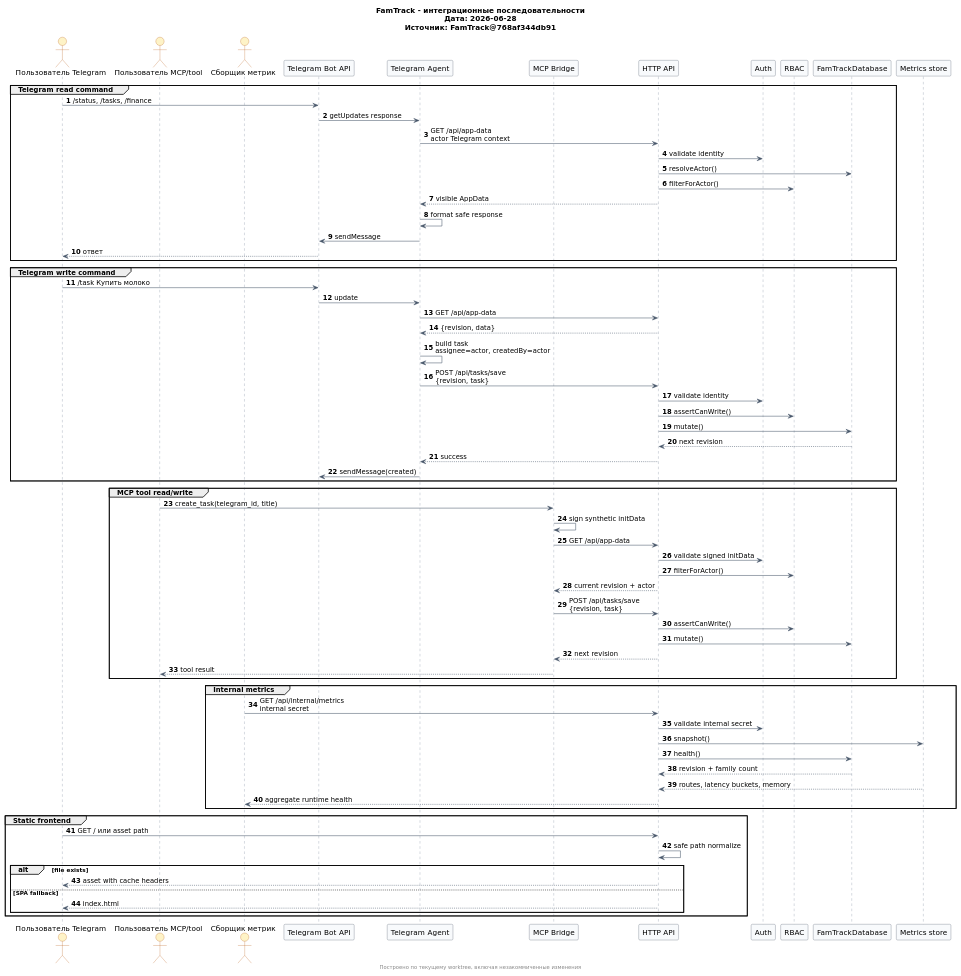
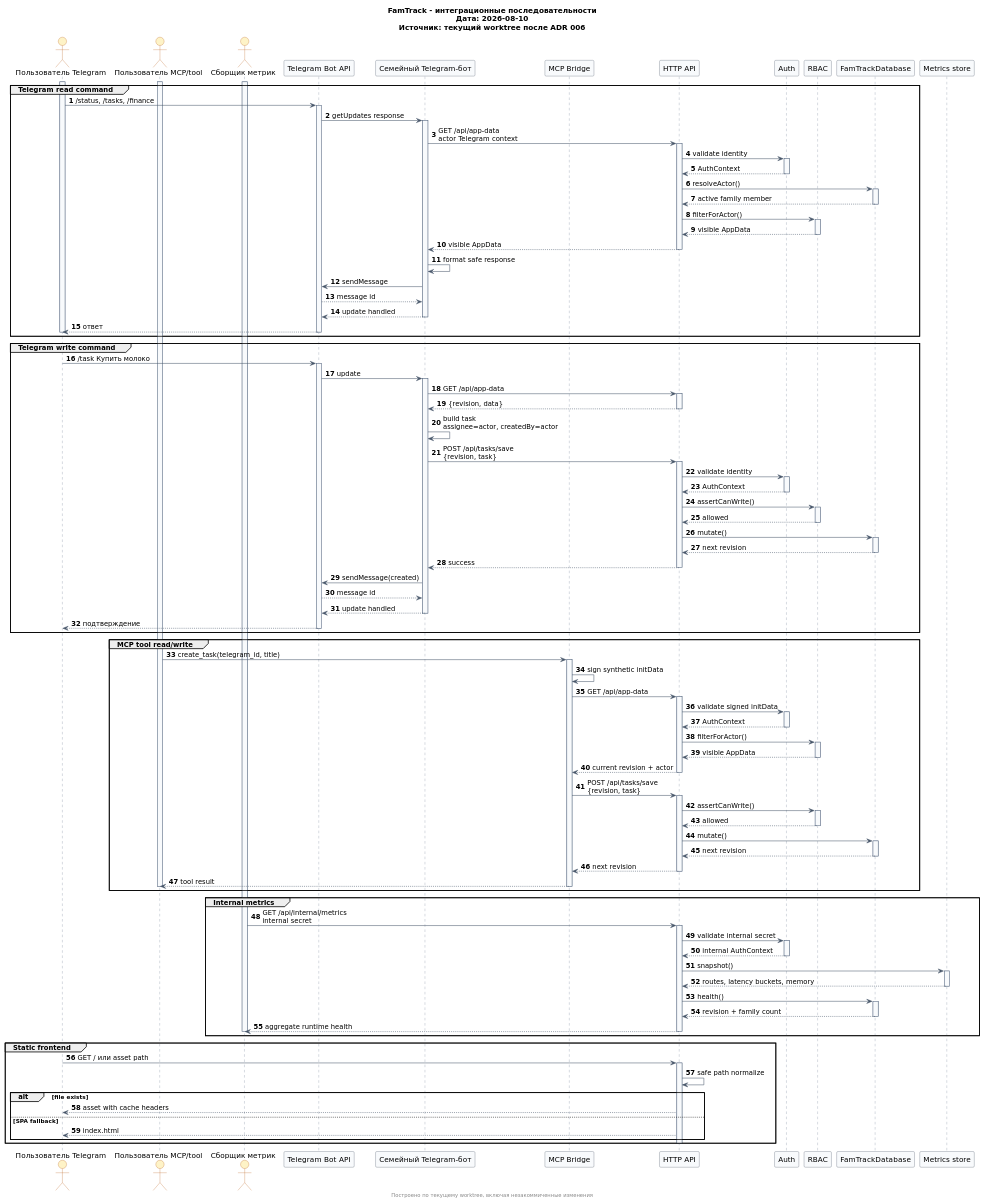
Before and after one commit to NaqpaniA/FamTrack: the diagram in docs/architecture/diagrams/sequences-integrations.puml, drawn with PlantUML. The commit also changed other lines of this file and 44 other files, not shown here.

```diff
--- a/docs/architecture/diagrams/sequences-integrations.puml
+++ b/docs/architecture/diagrams/sequences-integrations.puml
@@ -1,96 +1,171 @@
 @startuml
 title
 FamTrack - интеграционные последовательности
-Дата: 2026-06-28
-Источник: FamTrack@768af344db91
+Дата: 2026-08-10
+Источник: текущий worktree после ADR 006
 end title
 footer Построено по текущему worktree, включая незакоммиченные изменения
 
 skinparam shadowing false
 skinparam defaultFontName "DejaVu Sans"
 skinparam sequence {
   ArrowColor #475569
   LifeLineBorderColor #64748B
   LifeLineBackgroundColor #F8FAFC
   ParticipantBorderColor #334155
   ParticipantBackgroundColor #F8FAFC
   ActorBorderColor #B45309
   ActorBackgroundColor #FEF3C7
 }
 autonumber
 
 actor "Пользователь Telegram" as TgUser
 actor "Пользователь MCP/tool" as ToolUser
 actor "Сборщик метрик" as MetricsUser
 participant "Telegram Bot API" as Telegram
-participant "Telegram Agent" as Agent
+participant "Семейный Telegram-бот" as FamilyBot
 participant "MCP Bridge" as MCP
 participant "HTTP API" as API
 participant "Auth" as Auth
 participant "RBAC" as RBAC
 participant "FamTrackDatabase" as DB
 participant "Metrics store" as Metrics
 
 group Telegram read command
+  activate TgUser
   TgUser -> Telegram : /status, /tasks, /finance
-  Telegram -> Agent : getUpdates response
-  Agent -> API : GET /api/app-data\nactor Telegram context
+  activate Telegram
+  Telegram -> FamilyBot : getUpdates response
+  activate FamilyBot
+  FamilyBot -> API : GET /api/app-data\nactor Telegram context
+  activate API
   API -> Auth : validate identity
+  activate Auth
+  Auth --> API : AuthContext
+  deactivate Auth
   API -> DB : resolveActor()
+  activate DB
+  DB --> API : active family member
+  deactivate DB
   API -> RBAC : filterForActor()
-  API --> Agent : visible AppData
-  Agent -> Agent : format safe response
-  Agent -> Telegram : sendMessage
+  activate RBAC
+  RBAC --> API : visible AppData
+  deactivate RBAC
+  API --> FamilyBot : visible AppData
+  deactivate API
+  FamilyBot -> FamilyBot : format safe response
+  FamilyBot -> Telegram : sendMessage
+  Telegram --> FamilyBot : message id
+  FamilyBot --> Telegram : update handled
+  deactivate FamilyBot
   Telegram --> TgUser : ответ
+  deactivate Telegram
+  deactivate TgUser
 end
 
 group Telegram write command
+  activate TgUser
   TgUser -> Telegram : /task Купить молоко
-  Telegram -> Agent : update
-  Agent -> API : GET /api/app-data
-  API --> Agent : {revision, data}
-  Agent -> Agent : build task\nassignee=actor, createdBy=actor
-  Agent -> API : POST /api/tasks/save\n{revision, task}
+  activate Telegram
+  Telegram -> FamilyBot : update
+  activate FamilyBot
+  FamilyBot -> API : GET /api/app-data
+  activate API
+  API --> FamilyBot : {revision, data}
+  deactivate API
+  FamilyBot -> FamilyBot : build task\nassignee=actor, createdBy=actor
+  FamilyBot -> API : POST /api/tasks/save\n{revision, task}
+  activate API
   API -> Auth : validate identity
+  activate Auth
+  Auth --> API : AuthContext
+  deactivate Auth
   API -> RBAC : assertCanWrite()
+  activate RBAC
+  RBAC --> API : allowed
+  deactivate RBAC
   API -> DB : mutate()
+  activate DB
   DB --> API : next revision
-  API --> Agent : success
-  Agent -> Telegram : sendMessage(created)
+  deactivate DB
+  API --> FamilyBot : success
+  deactivate API
+  FamilyBot -> Telegram : sendMessage(created)
+  Telegram --> FamilyBot : message id
+  FamilyBot --> Telegram : update handled
+  deactivate FamilyBot
+  Telegram --> TgUser : подтверждение
+  deactivate Telegram
+  deactivate TgUser
 end
 
 group MCP tool read/write
+  activate ToolUser
   ToolUser -> MCP : create_task(telegram_id, title)
+  activate MCP
   MCP -> MCP : sign synthetic initData
   MCP -> API : GET /api/app-data
+  activate API
   API -> Auth : validate signed initData
+  activate Auth
+  Auth --> API : AuthContext
+  deactivate Auth
   API -> RBAC : filterForActor()
+  activate RBAC
+  RBAC --> API : visible AppData
+  deactivate RBAC
   API --> MCP : current revision + actor
+  deactivate API
   MCP -> API : POST /api/tasks/save\n{revision, task}
+  activate API
   API -> RBAC : assertCanWrite()
+  activate RBAC
+  RBAC --> API : allowed
+  deactivate RBAC
   API -> DB : mutate()
+  activate DB
+  DB --> API : next revision
+  deactivate DB
   API --> MCP : next revision
+  deactivate API
   MCP --> ToolUser : tool result
+  deactivate MCP
+  deactivate ToolUser
 end
 
 group Internal metrics
+  activate MetricsUser
   MetricsUser -> API : GET /api/internal/metrics\ninternal secret
+  activate API
   API -> Auth : validate internal secret
+  activate Auth
+  Auth --> API : internal AuthContext
+  deactivate Auth
   API -> Metrics : snapshot()
+  activate Metrics
+  Metrics --> API : routes, latency buckets, memory
+  deactivate Metrics
   API -> DB : health()
+  activate DB
   DB --> API : revision + family count
-  Metrics --> API : routes, latency buckets, memory
+  deactivate DB
   API --> MetricsUser : aggregate runtime health
+  deactivate API
+  deactivate MetricsUser
 end
 
 group Static frontend
+  activate TgUser
   TgUser -> API : GET / или asset path
+  activate API
   API -> API : safe path normalize
   alt file exists
     API --> TgUser : asset with cache headers
   else SPA fallback
     API --> TgUser : index.html
   end
+  deactivate API
+  deactivate TgUser
 end
 
 @enduml
```
